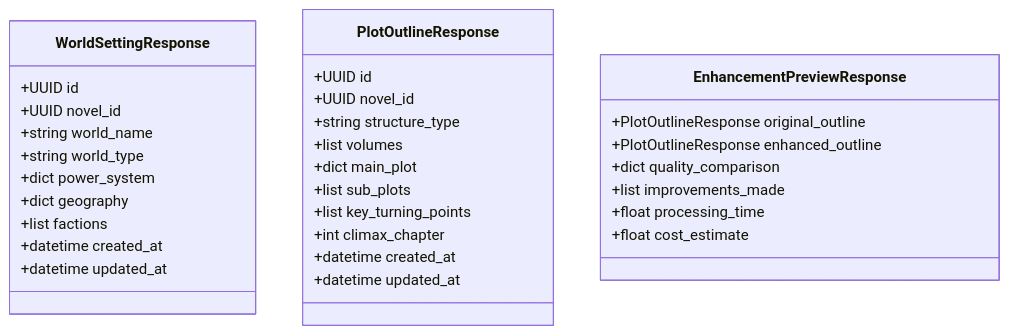
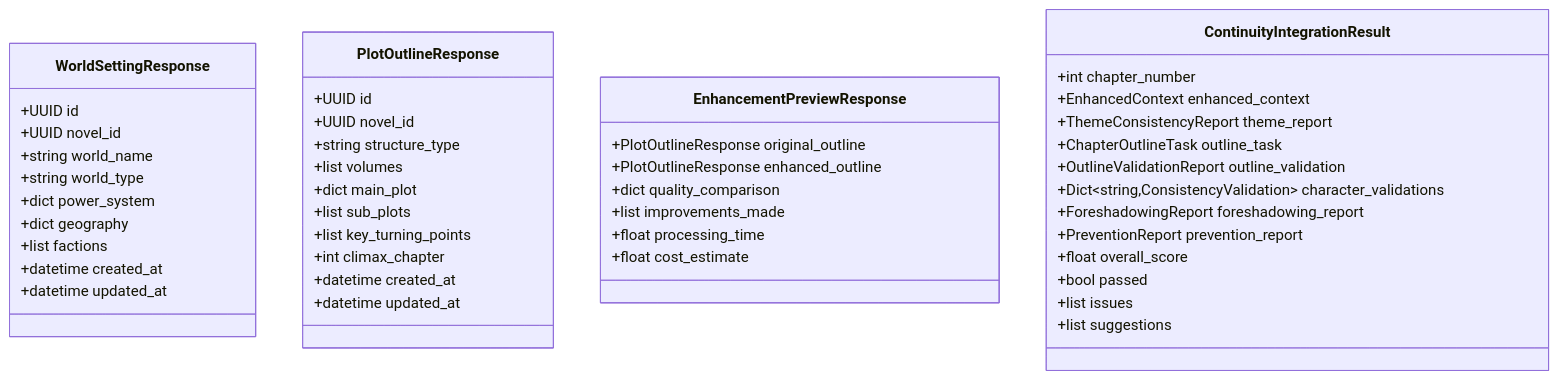
Before and after one commit to xfbyxq/ai-novel-system: the eighth of 9 diagrams in .qoder/repowiki/zh/content/AI智能体系统/智能大纲完善系统.md, drawn with Mermaid. The commit also changed other lines of this file and 8 other files, not shown here.

````diff
--- a/.qoder/repowiki/zh/content/AI智能体系统/智能大纲完善系统.md
+++ b/.qoder/repowiki/zh/content/AI智能体系统/智能大纲完善系统.md
@@ -399,34 +517,48 @@
 ```mermaid
 classDiagram
 class WorldSettingResponse {
 +UUID id
 +UUID novel_id
 +string world_name
 +string world_type
 +dict power_system
 +dict geography
 +list factions
 +datetime created_at
 +datetime updated_at
 }
 class PlotOutlineResponse {
 +UUID id
 +UUID novel_id
 +string structure_type
 +list volumes
 +dict main_plot
 +list sub_plots
 +list key_turning_points
 +int climax_chapter
 +datetime created_at
 +datetime updated_at
 }
 class EnhancementPreviewResponse {
 +PlotOutlineResponse original_outline
 +PlotOutlineResponse enhanced_outline
 +dict quality_comparison
 +list improvements_made
 +float processing_time
 +float cost_estimate
 }
+class ContinuityIntegrationResult {
++int chapter_number
++EnhancedContext enhanced_context
++ThemeConsistencyReport theme_report
++ChapterOutlineTask outline_task
++OutlineValidationReport outline_validation
++Dict~string,ConsistencyValidation~ character_validations
++ForeshadowingReport foreshadowing_report
++PreventionReport prevention_report
++float overall_score
++bool passed
++list issues
++list suggestions
+}
 ```
````
